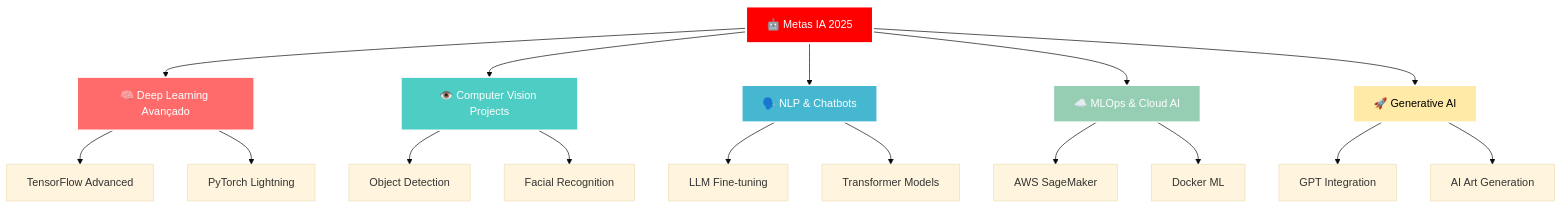
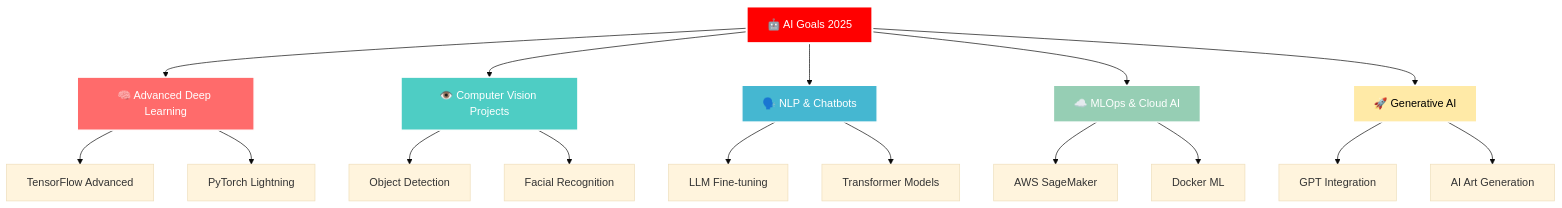
One commit to Gabriell12321/Gabriell12321 changed the diagram in README.md. Above: the diagram before and after it, drawn with Mermaid (base theme). The commit also changed other lines of this file, not shown here.

````diff
--- a/README.md
+++ b/README.md
@@ -427,30 +433,30 @@
 ```mermaid
 graph TD
-    A[🤖 Metas IA 2025] --> B[🧠 Deep Learning Avançado]
+    A[🤖 AI Goals 2025] --> B[🧠 Advanced Deep Learning]
     A --> C[👁️ Computer Vision Projects]
     A --> D[🗣️ NLP & Chatbots]
     A --> E[☁️ MLOps & Cloud AI]
     A --> F[🚀 Generative AI]
     
     B --> G[TensorFlow Advanced]
     B --> H[PyTorch Lightning]
     
     C --> I[Object Detection]
     C --> J[Facial Recognition]
     
     D --> K[LLM Fine-tuning]
     D --> L[Transformer Models]
     
     E --> M[AWS SageMaker]
     E --> N[Docker ML]
     
     F --> O[GPT Integration]
     F --> P[AI Art Generation]
     
     style A fill:#ff0000,stroke:#fff,stroke-width:3px,color:#fff
     style B fill:#ff6b6b,stroke:#fff,stroke-width:2px,color:#fff
     style C fill:#4ecdc4,stroke:#fff,stroke-width:2px,color:#fff
     style D fill:#45b7d1,stroke:#fff,stroke-width:2px,color:#fff
     style E fill:#96ceb4,stroke:#fff,stroke-width:2px,color:#fff
     style F fill:#ffeaa7,stroke:#fff,stroke-width:2px,color:#000
 ```
````
